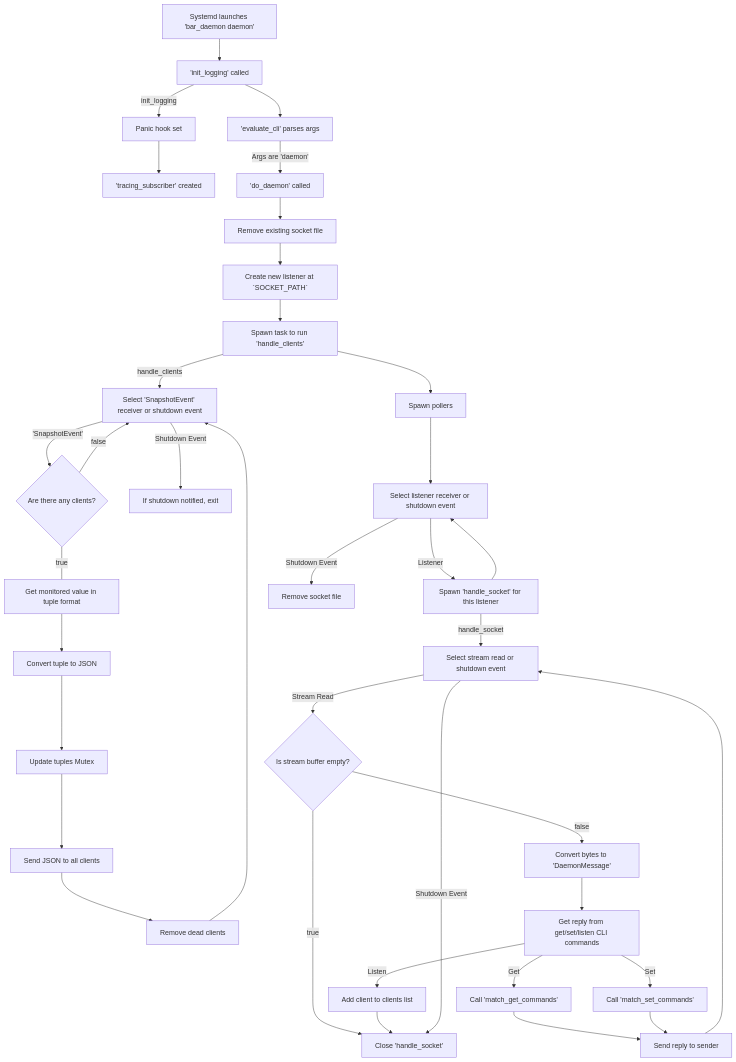
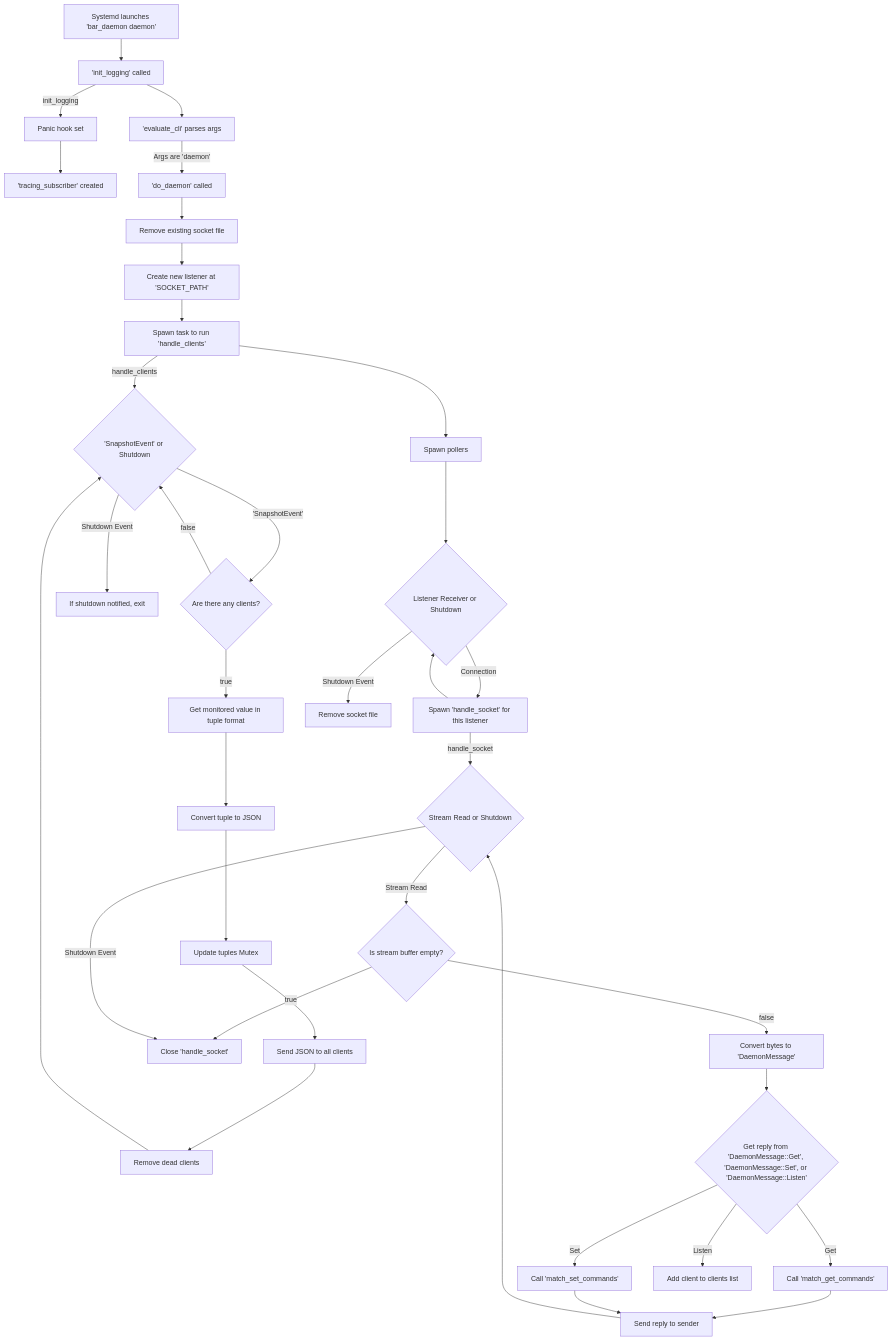
The diagram in README.md (tmforshaw/bar_daemon), drawn with Mermaid before and after one commit.

Commit message:
Make Flow Diagram More Consistent in README.md

````diff
--- a/README.md
+++ b/README.md
@@ -105,45 +105,56 @@
 ```mermaid
 flowchart TD
+%% ---------- Startup ----------
   A[Systemd launches 'bar_daemon daemon'] --> B['init_logging' called]
   B -- init_logging --> C[Panic hook set]
   C --> D['tracing_subscriber' created]
-  
   B --> E['evaluate_cli' parses args]
   E -- Args are 'daemon' --> F['do_daemon' called]
+
+%% ---------- Daemon Setup ----------
   F --> G[Remove existing socket file]
-  G --> H[Create new listener at `SOCKET_PATH`]
+  G --> H[Create new listener at 'SOCKET_PATH']
   H --> I[Spawn task to run 'handle_clients']
 
-  I -- handle_clients --> J[Select 'SnapshotEvent' receiver or shutdown event]
+%% ---------- Handle Clients ----------
+  I -- handle_clients --> J{'SnapshotEvent' or Shutdown}
+
   J -- 'SnapshotEvent' --> K{Are there any clients?}
-  K -- true --- L[Get monitored value in tuple format]
+
+  K -- true --> L[Get monitored value in tuple format]
   L --> M[Convert tuple to JSON]
   M --> N[Update tuples Mutex]
   N --> O[Send JSON to all clients]
   O --> P[Remove dead clients]
   P --> J
 
   K -- false --> J
   J -- Shutdown Event --> Q[If shutdown notified, exit]
 
+%% ---------- Listener Accept Loop ----------
   I --> R[Spawn pollers]
-  R --> S[Select listener receiver or shutdown event]
-  S -- Listener --> T[Spawn 'handle_socket' for this listener]
+  R --> S{Listener Receiver or Shutdown}
 
-  T -- handle_socket --> U[Select stream read or shutdown event]
+  S -- Connection --> T[Spawn 'handle_socket' for this listener]
+  S -- Shutdown Event --> AD[Remove socket file]  
+
+%% ---------- Client Socket Task ----------
+  T -- handle_socket --> U{Stream Read or Shutdown}
+
   U -- Stream Read --> V{Is stream buffer empty?}
+
   V -- true --> W[Close 'handle_socket']
   V -- false --> X[Convert bytes to 'DaemonMessage']
-  X --> Y[Get reply from get/set/listen CLI commands]
+
+  X --> Y{Get reply from 'DaemonMessage::Get', 'DaemonMessage::Set', or 'DaemonMessage::Listen'}
   Y -- Get --> Z[Call 'match_get_commands']
   Y -- Set --> AA[Call 'match_set_commands']
   Y -- Listen --> AB[Add client to clients list]
-  AB --> W
+
   Z --> AC[Send reply to sender]
   AA --> AC
   AC --> U
+
   U -- Shutdown Event --> W
   T --> S
-
-  S -- Shutdown Event --> AD[Remove socket file]  
 ```
````
